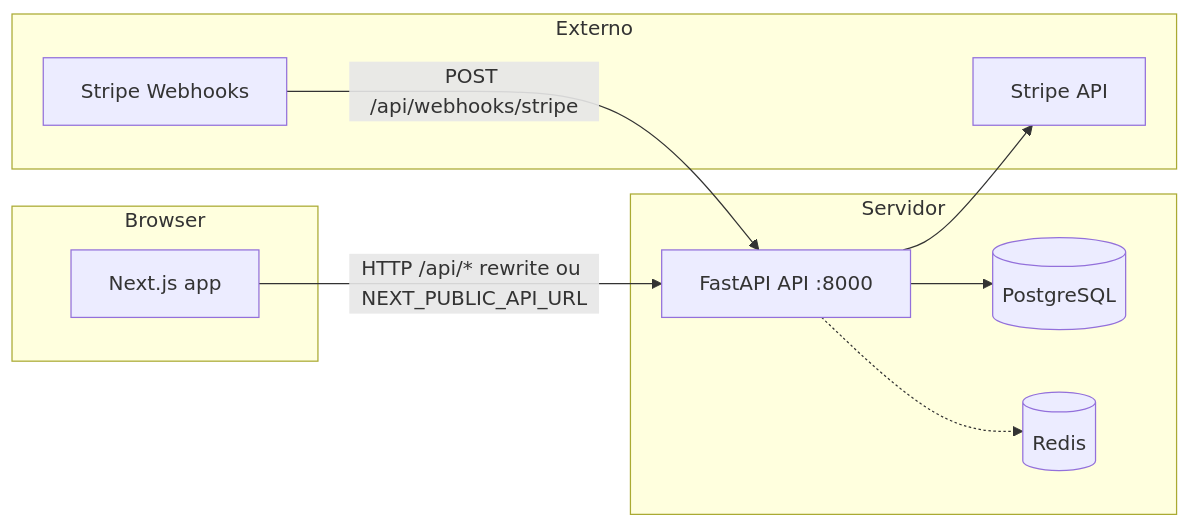
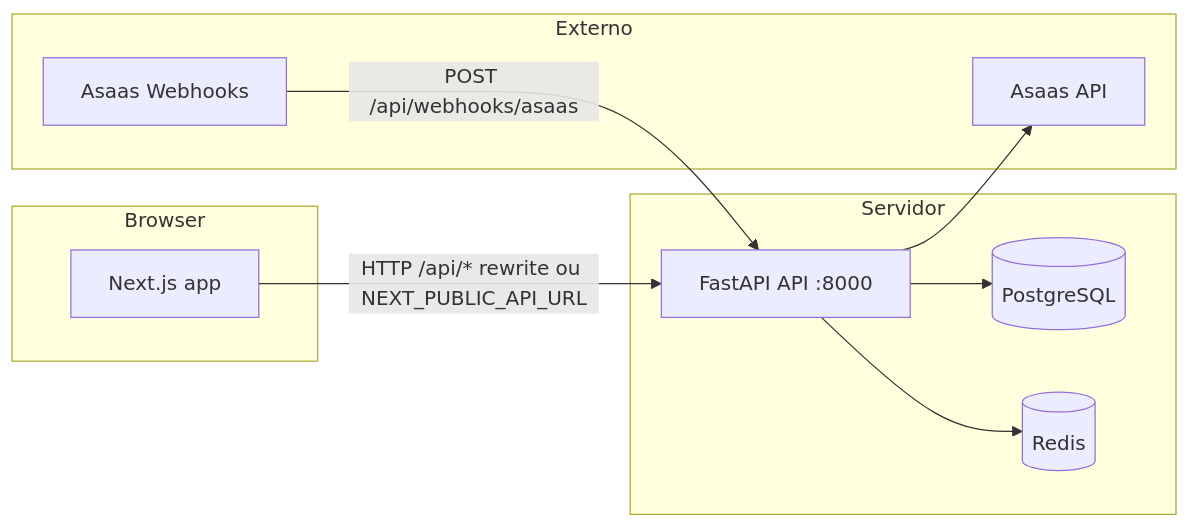
Before and after one commit to ortizpedroso/eventos: the first of 2 diagrams in docs/01-visao-geral-arquitetura.md, drawn with Mermaid. The commit also changed other lines of this file and 20 other files, not shown here.

First line of the commit message:
docs: atualizar referências Stripe → Asaas em todo o repositório

````diff
--- a/docs/01-visao-geral-arquitetura.md
+++ b/docs/01-visao-geral-arquitetura.md
@@ -22,20 +22,20 @@
 ```mermaid
 flowchart LR
   subgraph browser [Browser]
     Next[Next.js app]
   end
   subgraph server [Servidor]
     API[FastAPI API :8000]
     PG[(PostgreSQL)]
     RD[(Redis)]
   end
   subgraph external [Externo]
-    ST[Stripe API]
-    WH[Stripe Webhooks]
+    AS[Asaas API]
+    WH[Asaas Webhooks]
   end
   Next -->|HTTP /api/* rewrite ou NEXT_PUBLIC_API_URL| API
   API --> PG
-  API -.-> RD
-  API --> ST
-  WH -->|POST /api/webhooks/stripe| API
+  API --> RD
+  API --> AS
+  WH -->|POST /api/webhooks/asaas| API
 ```
````
